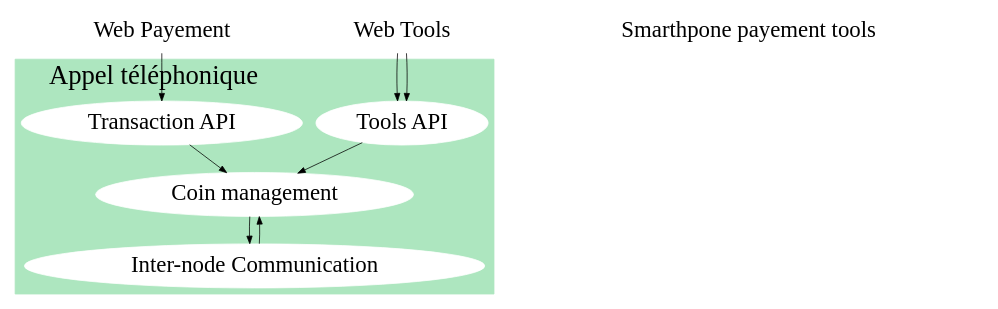
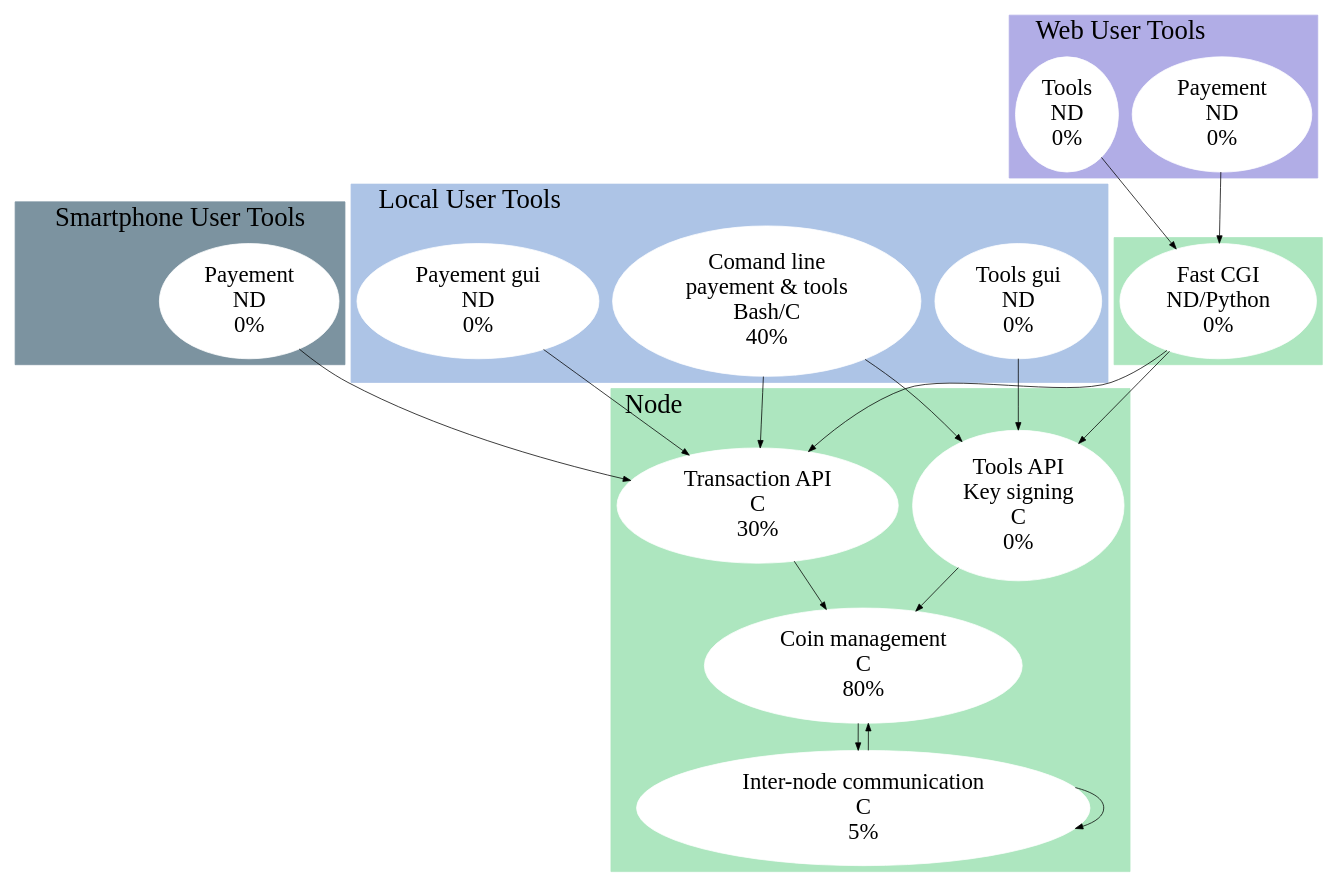
One commit to Openz/oudcwst changed the diagram in graph/script/project.dot. Above: the diagram before and after it, drawn with Graphviz. The commit also changed 47 other files, not shown here.

```diff
--- a/graph/script/project.dot
+++ b/graph/script/project.dot
@@ -1,51 +1,128 @@
 digraph G { 
 node [fontsize=30];
 ordering=out;
 node [style=filled,color=white];
 
 n1[
-label="Coin management"
+label="Coin management\nC\n80%"
+URL="http://wiki.openudc.org/web_payement"
 ];
 n2[
-label="Inter-node Communication"
+label="Inter-node communication\nC\n5%"
+URL="http://wiki.openudc.org/web_payement"
 ];
 n3[
-label="Transaction API"
+label="Transaction API\nC\n30%"
+URL="http://wiki.openudc.org/web_payement"
 ];
 n4[
-label="Tools API"
+label="Tools API\nKey signing\nC\n0%"
+URL="http://wiki.openudc.org/web_payement"
 ];
 
 
 u1[
-label="Smarthpone payement tools"
-];
-u2[
-label="Web Payement"
-];
-u3[
-label="Web Tools"
+label="Payement\nND\n0%"
+URL="http://wiki.openudc.org/web_payement"
 ];
 
 
+wu1[
+label="Payement\nND\n0%"
+URL="http://wiki.openudc.org/web_payement"
+];
+wu2[
+label="Tools\nND\n0%"
+URL="http://wiki.openudc.org/web_payement"
+];
+
+lu1[
+label="Payement gui\nND\n0%"
+URL="http://wiki.openudc.org/web_payement"
+];
+lu2[
+label="Tools gui\nND\n0%"
+URL="http://wiki.openudc.org/web_payement"
+];
+lu3[
+label="Comand line\npayement & tools\nBash/C\n40%"
+URL="http://wiki.openudc.org/web_payement"
+];
+
+
+
+cgi[
+label="Fast CGI\nND/Python\n0%"
+URL="http://wiki.openudc.org/web_payement"
+];
 subgraph cluster_1 
 {
 
-label="Appel téléphonique";
+label="Node";
 fontsize = "35";
 labeljust = "l";
 style=filled;
 color= "#ade6bf";
 n1->n2
 n2->n1
 n3->n1
 n4->n1
 }
+subgraph cluster_11
+{
 
-u3 -> n4
-u2-> n3
-u3 -> n4
+label="";
+fontsize = "35";
+labeljust = "l";
+style=filled;
+color= "#ade6bf";
+cgi
+}
 
+subgraph cluster_2 
+{
 
+label="Web User Tools";
+fontsize = "35";
+labeljust = "l";
+style=filled;
+color="#b1ade6";
+wu1;wu2
+}
 
+subgraph cluster_3 
+{
+
+label="Local User Tools";
+fontsize = "35";
+labeljust = "l";
+style=filled;
+color="#adc4e6";
+lu1;lu2;lu3
 }
+subgraph cluster_4
+{
+
+label="Smartphone User Tools";
+fontsize = "35";
+labeljust = "l";
+style=filled;
+color="#7c93a0"
+u1
+}
+
+#wu2 -> n4
+#wu1-> n3
+wu2 -> cgi
+wu1-> cgi
+cgi-> n4
+cgi-> n3
+
+u1 -> n3
+n2 -> n2
+
+lu2 -> n4
+lu1-> n3
+lu3 -> n4
+lu3-> n3
+}
```
